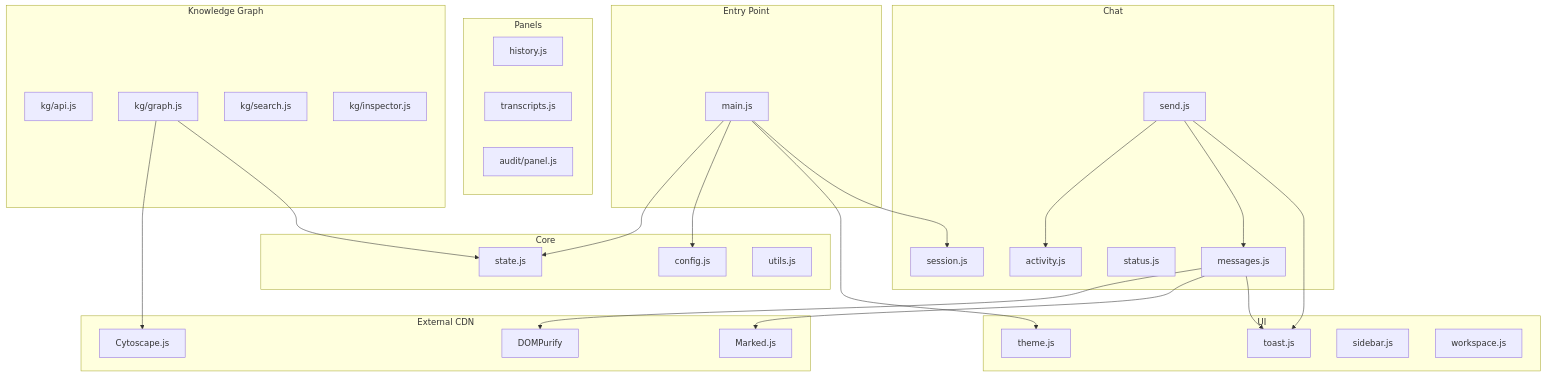
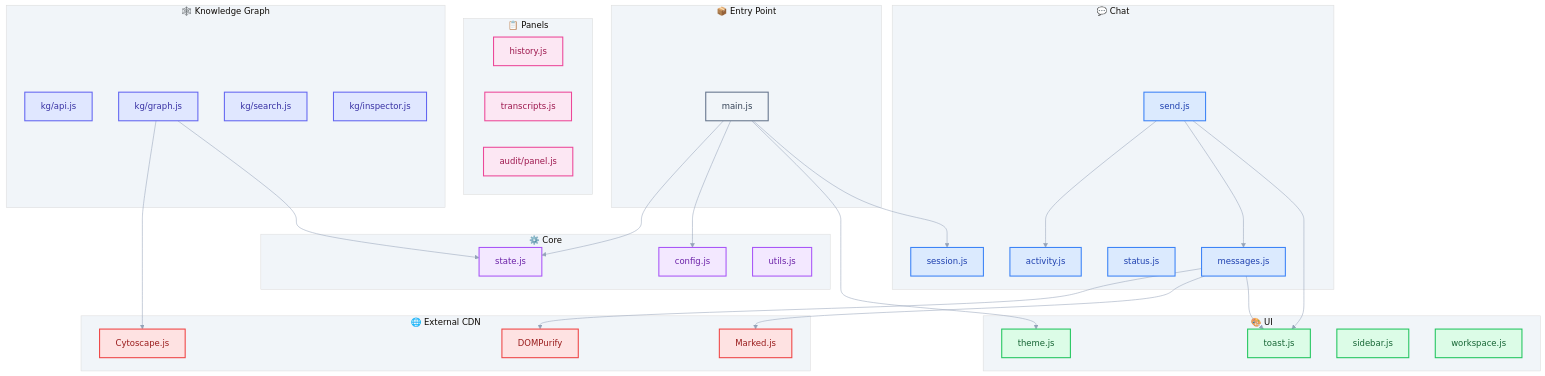
Before and after one commit to costiash/CognivAgent: the diagram in guides/frontend-architecture.md, drawn with Mermaid. The commit also changed 15 other files, not shown here.

First line of the commit message:
docs: add screenshots, demo video, and style Mermaid diagrams

````diff
--- a/guides/frontend-architecture.md
+++ b/guides/frontend-architecture.md
@@ -99,62 +99,79 @@
 ```mermaid
+%%{init: {'theme': 'base', 'themeVariables': { 'primaryColor': '#818cf8', 'primaryTextColor': '#1e1b4b', 'primaryBorderColor': '#6366f1', 'lineColor': '#94a3b8', 'secondaryColor': '#f8fafc', 'tertiaryColor': '#f1f5f9'}}}%%
 graph TB
-    subgraph "Entry Point"
+    subgraph Entry["📦 Entry Point"]
         MAIN[main.js]
     end
 
-    subgraph "Core"
+    subgraph Core["⚙️ Core"]
         STATE[state.js]
         CONFIG[config.js]
         UTILS[utils.js]
     end
 
-    subgraph "Chat"
+    subgraph Chat["💬 Chat"]
         MSG[messages.js]
         SEND[send.js]
         SESS[session.js]
         STATUS[status.js]
         ACT[activity.js]
     end
 
-    subgraph "UI"
+    subgraph UI["🎨 UI"]
         THEME[theme.js]
         TOAST[toast.js]
         SIDEBAR[sidebar.js]
         WORK[workspace.js]
     end
 
-    subgraph "Panels"
+    subgraph Panels["📋 Panels"]
         HIST[history.js]
         TRANS[transcripts.js]
         AUDIT_P[audit/panel.js]
     end
 
-    subgraph "Knowledge Graph"
+    subgraph KG["🕸️ Knowledge Graph"]
         KG_API[kg/api.js]
         KG_GRAPH[kg/graph.js]
         KG_SEARCH[kg/search.js]
         KG_INSP[kg/inspector.js]
     end
 
-    subgraph "External CDN"
+    subgraph CDN["🌐 External CDN"]
         MARKED[Marked.js]
         PURIFY[DOMPurify]
         CYTO[Cytoscape.js]
     end
 
     MAIN --> STATE
     MAIN --> CONFIG
     MAIN --> THEME
     MAIN --> SESS
 
     MSG --> PURIFY
     MSG --> MARKED
     SEND --> ACT
     SEND --> MSG
 
     KG_GRAPH --> CYTO
     KG_GRAPH --> STATE
 
     MSG --> TOAST
     SEND --> TOAST
+
+    classDef entry fill:#f1f5f9,stroke:#64748b,stroke-width:2px,color:#334155
+    classDef core fill:#f3e8ff,stroke:#a855f7,stroke-width:2px,color:#6b21a8
+    classDef chat fill:#dbeafe,stroke:#3b82f6,stroke-width:2px,color:#1e40af
+    classDef ui fill:#dcfce7,stroke:#22c55e,stroke-width:2px,color:#166534
+    classDef panels fill:#fce7f3,stroke:#ec4899,stroke-width:2px,color:#9d174d
+    classDef kg fill:#e0e7ff,stroke:#6366f1,stroke-width:2px,color:#3730a3
+    classDef cdn fill:#fee2e2,stroke:#ef4444,stroke-width:2px,color:#991b1b
+
+    class MAIN entry
+    class STATE,CONFIG,UTILS core
+    class MSG,SEND,SESS,STATUS,ACT chat
+    class THEME,TOAST,SIDEBAR,WORK ui
+    class HIST,TRANS,AUDIT_P panels
+    class KG_API,KG_GRAPH,KG_SEARCH,KG_INSP kg
+    class MARKED,PURIFY,CYTO cdn
 ```
````
